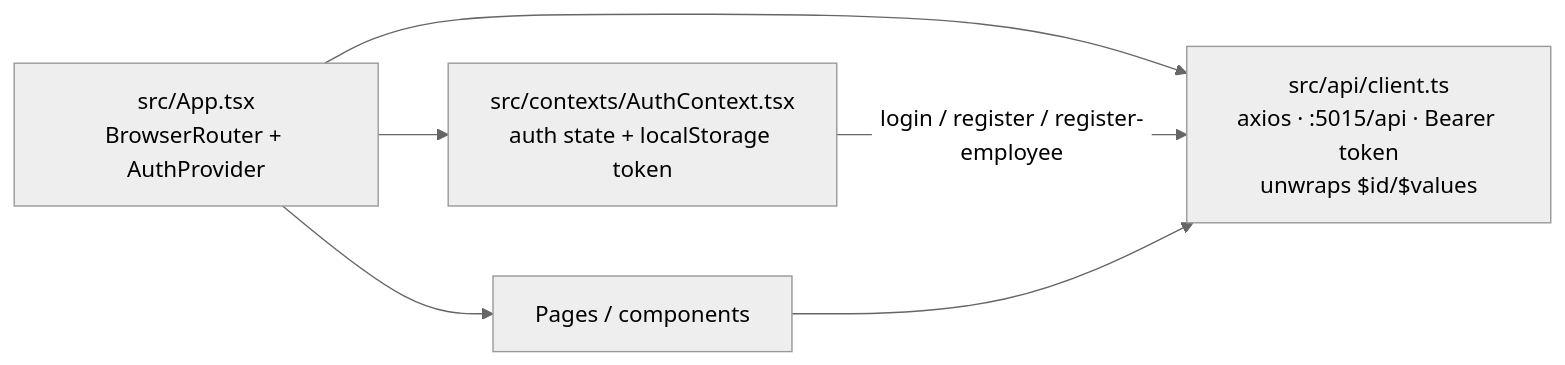
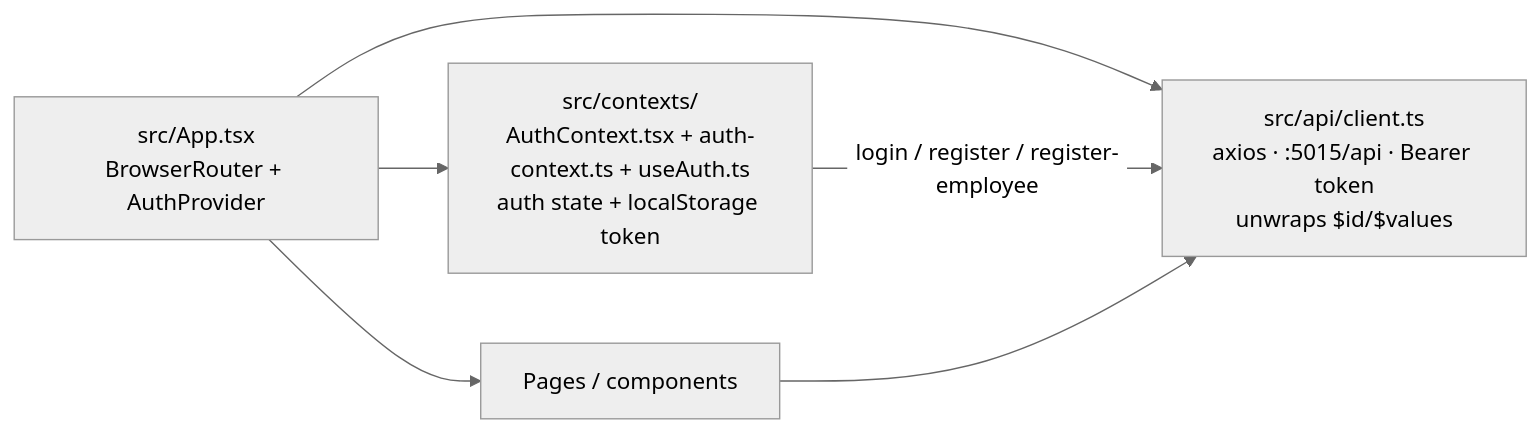
The diagram in src/AI-Ecommerce.UI/README.md (bhakti857/AgenticCommercePlatform), drawn with Mermaid (neutral theme) before and after one commit. The commit also changed other lines of this file and 49 other files, not shown here.

````diff
--- a/src/AI-Ecommerce.UI/README.md
+++ b/src/AI-Ecommerce.UI/README.md
@@ -35,12 +35,12 @@
 ```mermaid
 flowchart LR
     UI["src/App.tsx<br/>BrowserRouter + AuthProvider"]
     API["src/api/client.ts<br/>axios · :5015/api · Bearer token<br/>unwraps $id/$values"]
-    CONTEXT["src/contexts/AuthContext.tsx<br/>auth state + localStorage token"]
+    CONTEXT["src/contexts/<br/>AuthContext.tsx + auth-context.ts + useAuth.ts<br/>auth state + localStorage token"]
 
     UI --> API
     UI --> CONTEXT
     CONTEXT -- "login / register / register-employee" --> API
     UI --> PAGES["Pages / components"]
     PAGES --> API
 ```
````
